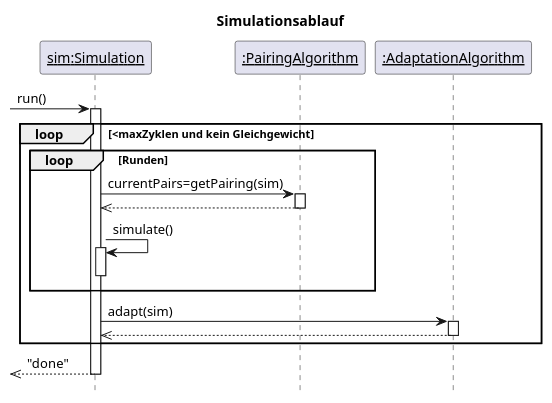
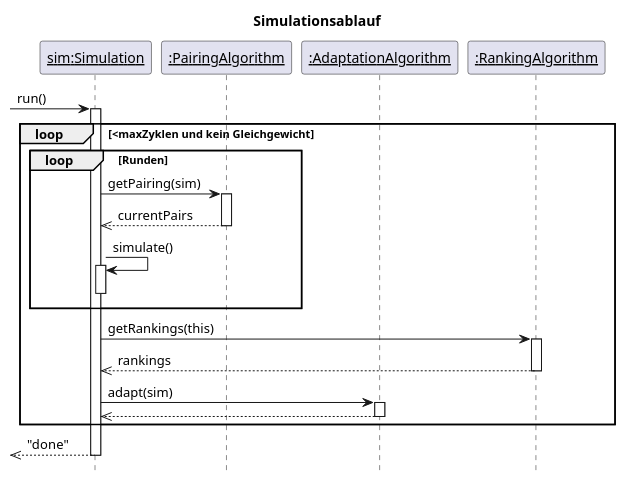
Before and after one commit to max-97/pse: the diagram in Entwurf/Diagramme/Sequenzdiagramme/sequenz_simulation.puml, drawn with PlantUML. The commit also changed 3 other files, not shown here.

Commit message:
Sequenzdiagramme korrigiert

```diff
--- a/Entwurf/Diagramme/Sequenzdiagramme/sequenz_simulation.puml
+++ b/Entwurf/Diagramme/Sequenzdiagramme/sequenz_simulation.puml
@@ -1,33 +1,40 @@
 @startuml
 title Simulationsablauf
 skinparam sequenceParticipant underline
 hide footbox
 
 
 participant "sim:Simulation" as A
 participant ":PairingAlgorithm" as B
 participant ":AdaptationAlgorithm" as C
+participant ":RankingAlgorithm" as RA
 
  -> A: run()
 activate A
 
 loop <maxZyklen und kein Gleichgewicht
   loop Runden
-  A -> B: currentPairs=getPairing(sim)
+  A -> B: getPairing(sim)
   activate B
-  A <<-- B
+  A <<-- B: currentPairs
   deactivate B
   A -> A: simulate()
   activate A
   deactivate A
   end
+
+  A -> RA: getRankings(this)
+  activate RA
+  A <<-- RA: rankings
+  deactivate RA
+
   A -> C: adapt(sim)
   activate C
   A <<-- C
   deactivate C
 end
 
  <<-- A: "done"
 deactivate A
 
 @enduml
```
